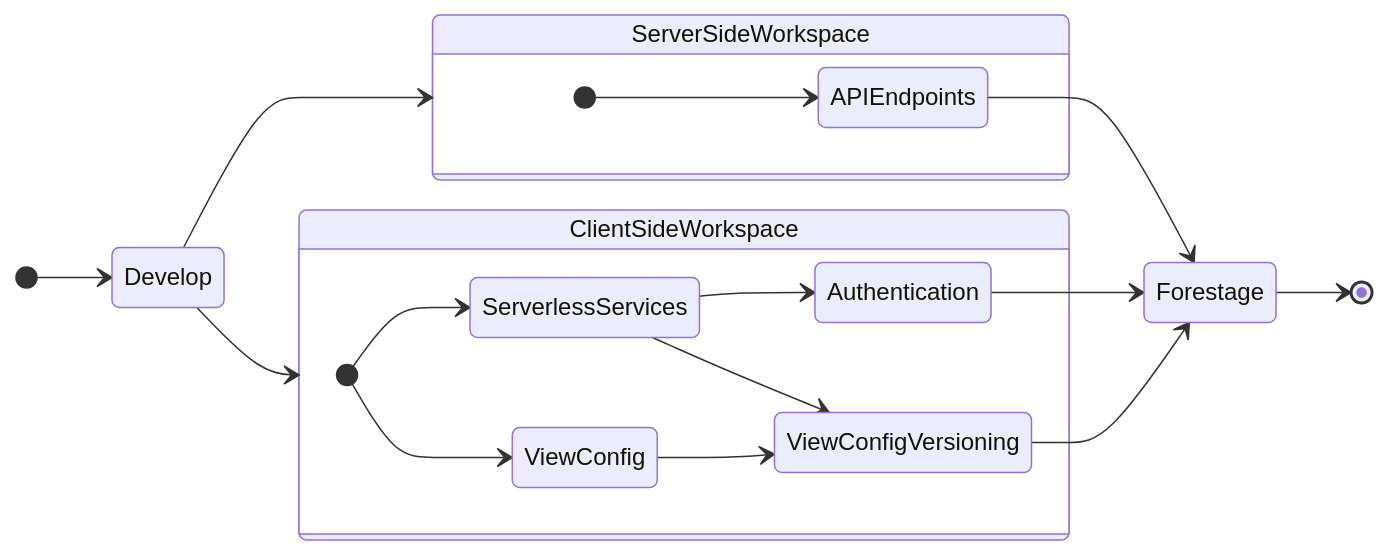
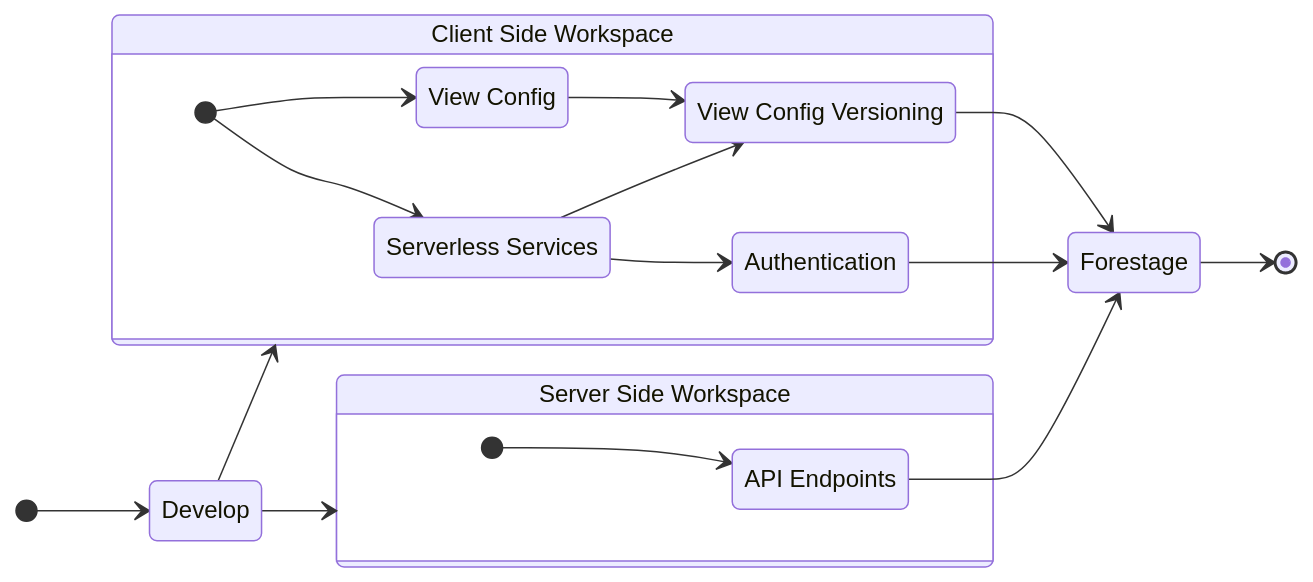
Before and after one commit to SiegeSailor/vault-personal: the diagram in master-notes/NOTE/docs/10@future-project-plan/1@portal/3@serverless-services.md, drawn with Mermaid. The commit also changed 7 other files, not shown here.

Commit message:
Modify all state diagram Add operation-system content

````diff
--- a/master-notes/NOTE/docs/10@future-project-plan/1@portal/3@serverless-services.md
+++ b/master-notes/NOTE/docs/10@future-project-plan/1@portal/3@serverless-services.md
@@ -9,21 +9,28 @@
 ```mermaid
 stateDiagram-v2
     direction LR
+    ServerSideWorkspace: Server Side Workspace
+    ClientSideWorkspace: Client Side Workspace
+    APIEndpoints: API Endpoints
+    ServerlessServices: Serverless Services
+    ViewConfig: View Config
+    ViewConfigVersioning: View Config Versioning
+
     [*] --> Develop
     Develop --> ServerSideWorkspace
     Develop --> ClientSideWorkspace
     state ServerSideWorkspace {
       [*] --> APIEndpoints
     }
     state ClientSideWorkspace {
       [*] --> ServerlessServices
       [*] --> ViewConfig
       ServerlessServices --> Authentication
       ServerlessServices --> ViewConfigVersioning
     }
     ViewConfig --> ViewConfigVersioning
     APIEndpoints --> Forestage
     Authentication --> Forestage
     ViewConfigVersioning --> Forestage
     Forestage --> [*]
 ```
````
